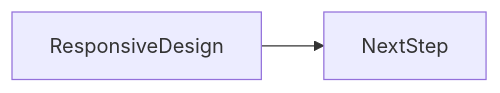
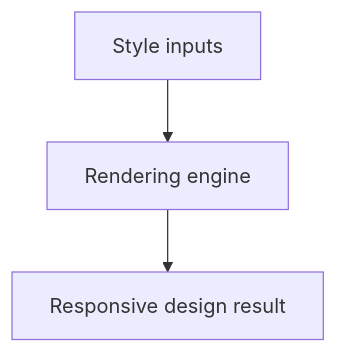
One commit to OmidJavaherii/Frontend-Engineering-Handbook changed the second of 2 diagrams in docs/en/05-css/responsive-design/index.md. Above: the diagram before and after it, drawn with Mermaid. The commit also changed other lines of this file and 461 other files, not shown here.

````diff
--- a/docs/en/05-css/responsive-design/index.md
+++ b/docs/en/05-css/responsive-design/index.md
@@ -95,4 +110,5 @@
 ```mermaid
-flowchart LR
-  concept[ResponsiveDesign] --> nextStep[NextStep]
+flowchart TD
+  Input[Style inputs] --> Engine[Rendering engine]
+  Engine --> Out[Responsive design result]
 ```
````
